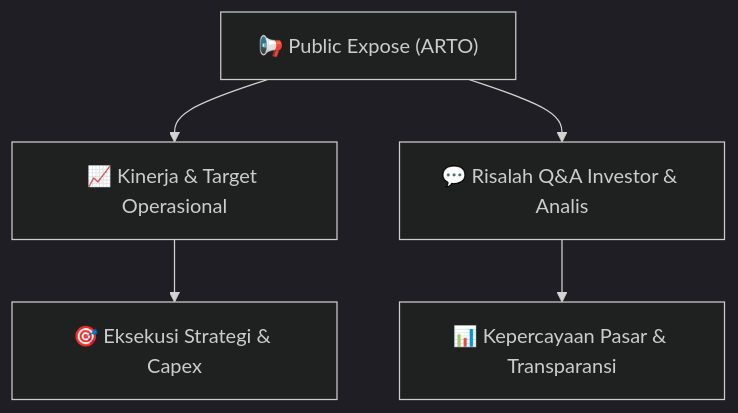
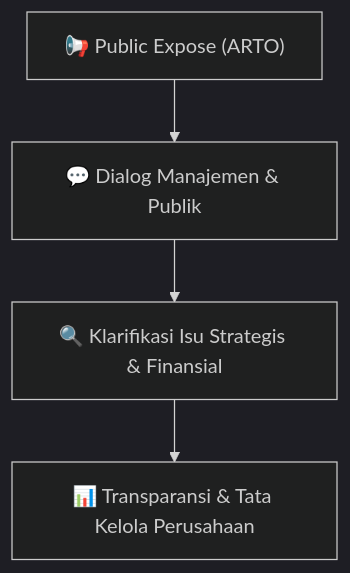
The diagram in reports/summaries/public-exposes/hasil-pubex/ARTO_Public_Expose_20260914.md (anYoneo/alphadigest-idx), drawn with Mermaid (dark theme) before and after one commit. The commit also changed other lines of this file and 526 other files, not shown here.

````diff
--- a/reports/summaries/public-exposes/hasil-pubex/ARTO_Public_Expose_20260914.md
+++ b/reports/summaries/public-exposes/hasil-pubex/ARTO_Public_Expose_20260914.md
@@ -37,7 +29,6 @@
 ```mermaid
 flowchart TD
-    A["📢 Public Expose (ARTO)"] --> B["📈 Kinerja & Target Operasional"]
-    A --> C["💬 Risalah Q&A Investor & Analis"]
-    B --> D["🎯 Eksekusi Strategi & Capex"]
-    C --> E["📊 Kepercayaan Pasar & Transparansi"]
+    A["📢 Public Expose (ARTO)"] --> B["💬 Dialog Manajemen & Publik"]
+    B --> C["🔍 Klarifikasi Isu Strategis & Finansial"]
+    C --> D["📊 Transparansi & Tata Kelola Perusahaan"]
 ```
````
